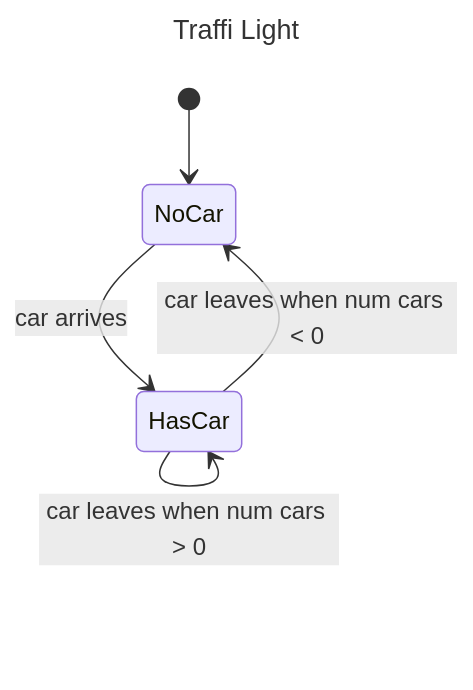
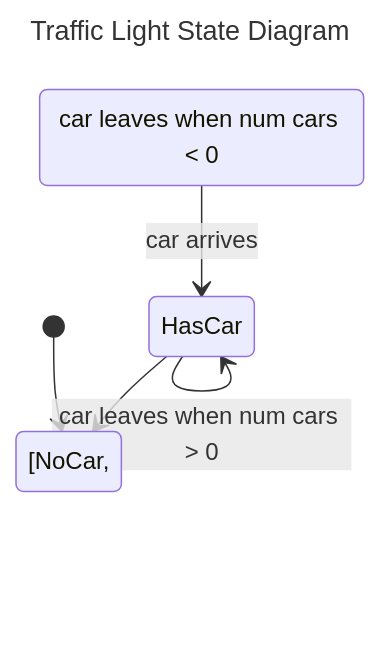
Before and after one commit to VinayakFia/Obsidian: the second of 2 diagrams in COMP3153/System Model - Vinayak Fialok.md, drawn with Mermaid.

Commit message:
vault backup: 2024-09-17 20:57:56

````diff
--- a/COMP3153/System Model - Vinayak Fialok.md
+++ b/COMP3153/System Model - Vinayak Fialok.md
@@ -32,10 +32,10 @@
 ```mermaid
 ---
-title: Traffi Light 
+title: Traffic Light State Diagram
 ---
 stateDiagram-v2
-	[*] --> NoCar
-	HasCar --> NoCar : car leaves when num cars < 0
+	[*] --> [NoCar, Green]
+	HasCar --> [NoCar, Green] : car leaves when num cars < 0
 	HasCar --> HasCar : car leaves when num cars > 0 
-	NoCar --> HasCar : car arrives 
+	[NoCar, Green] --> HasCar : car arrives 
 ```
````
